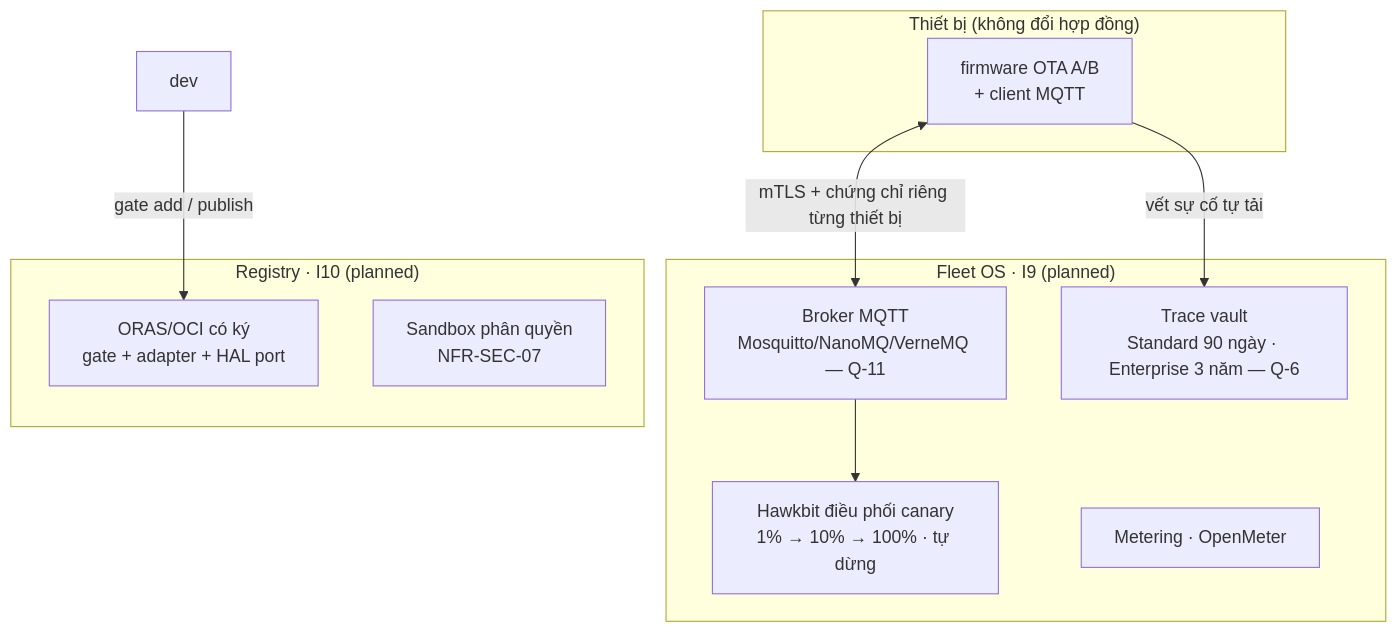
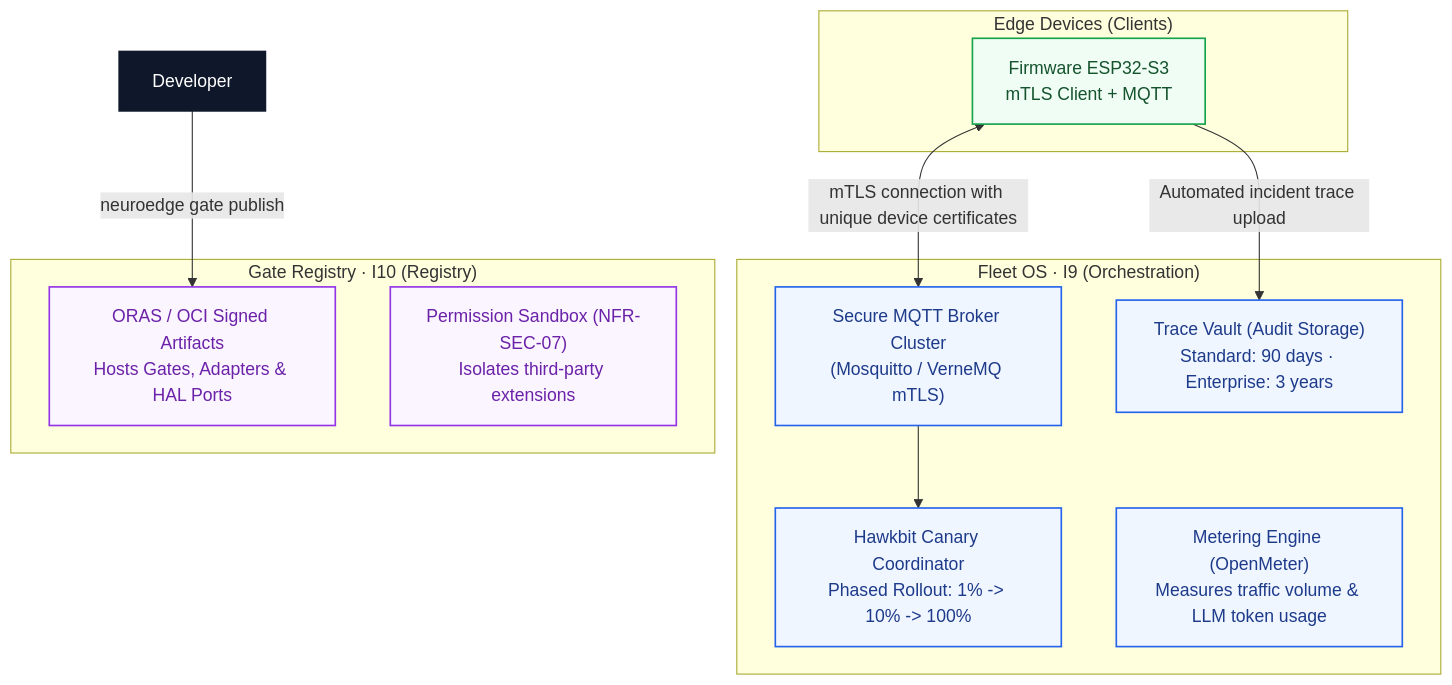
Before and after one commit to letrongminh/neuroedge-init: the second of 5 diagrams in docs/architecture/vi/13-evolution-i0-i18.md, drawn with Mermaid. The commit also changed other lines of this file and 35 other files, not shown here.

First line of the commit message:
docs(architecture): comprehensive upgrade of architecture suite, Mermaid diagrams and vector posters

````diff
--- a/docs/architecture/vi/13-evolution-i0-i18.md
+++ b/docs/architecture/vi/13-evolution-i0-i18.md
@@ -45,20 +88,28 @@
 ```mermaid
 flowchart TB
-    subgraph device["Thiết bị (không đổi hợp đồng)"]
-        FW[firmware OTA A/B<br/>+ client MQTT]
+    classDef dev fill:#f0fdf4,stroke:#16a34a,color:#14532d,stroke-width:1.5px;
+    classDef flt fill:#eff6ff,stroke:#2563eb,color:#1e3a8a,stroke-width:1.5px;
+    classDef reg fill:#faf5ff,stroke:#9334e6,color:#6b21a8,stroke-width:1.5px;
+    classDef act fill:#0f172a,stroke:#0f172a,color:#ffffff,stroke-width:1.5px;
+
+    subgraph Devices["Edge Devices (Clients)"]
+        FW["Firmware ESP32-S3<br/>mTLS Client + MQTT"]:::dev
     end
-    subgraph fleet["Fleet OS · I9 (planned)"]
-        OTA[Hawkbit điều phối canary<br/>1% → 10% → 100% · tự dừng]
-        MQ[Broker MQTT<br/>Mosquitto/NanoMQ/VerneMQ — Q-11]
-        TV[Trace vault<br/>Standard 90 ngày · Enterprise 3 năm — Q-6]
-        MET[Metering · OpenMeter]
+
+    subgraph FleetOS["Fleet OS · I9 (Orchestration)"]
+        OTA["Hawkbit Canary Coordinator<br/>Phased Rollout: 1% -> 10% -> 100%"]:::flt
+        MQ["Secure MQTT Broker Cluster<br/>(Mosquitto / VerneMQ mTLS)"]:::flt
+        TV["Trace Vault (Audit Storage)<br/>Standard: 90 days · Enterprise: 3 years"]:::flt
+        MET["Metering Engine (OpenMeter)<br/>Measures traffic volume &amp; LLM token usage"]:::flt
     end
-    subgraph reg["Registry · I10 (planned)"]
-        OCI[ORAS/OCI có ký<br/>gate + adapter + HAL port]
-        SAN[Sandbox phân quyền<br/>NFR-SEC-07]
+
+    subgraph GateRegistry["Gate Registry · I10 (Registry)"]
+        ORAS["ORAS / OCI Signed Artifacts<br/>Hosts Gates, Adapters &amp; HAL Ports"]:::reg
+        SAN["Permission Sandbox (NFR-SEC-07)<br/>Isolates third-party extensions"]:::reg
     end
-    FW <-->|mTLS + chứng chỉ riêng từng thiết bị| MQ
+
+    FW <-->|mTLS connection with unique device certificates| MQ
     MQ --> OTA
-    FW -->|vết sự cố tự tải| TV
-    DEV[dev] -->|gate add / publish| OCI
+    FW -->|Automated incident trace upload| TV
+    DEV["Developer"]:::act -->|neuroedge gate publish| ORAS
 ```
````
